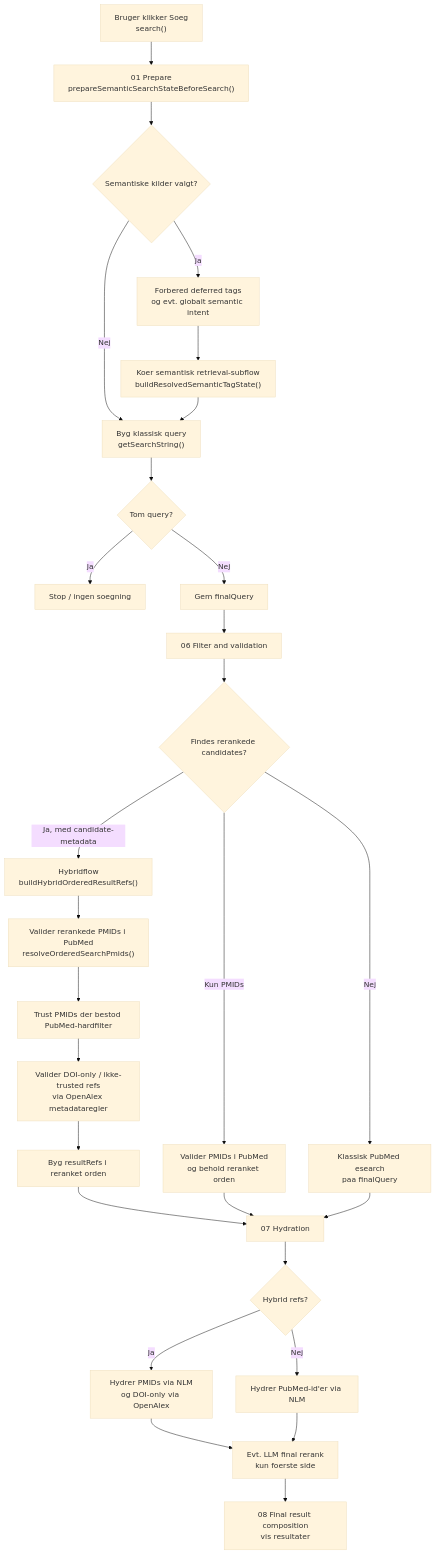
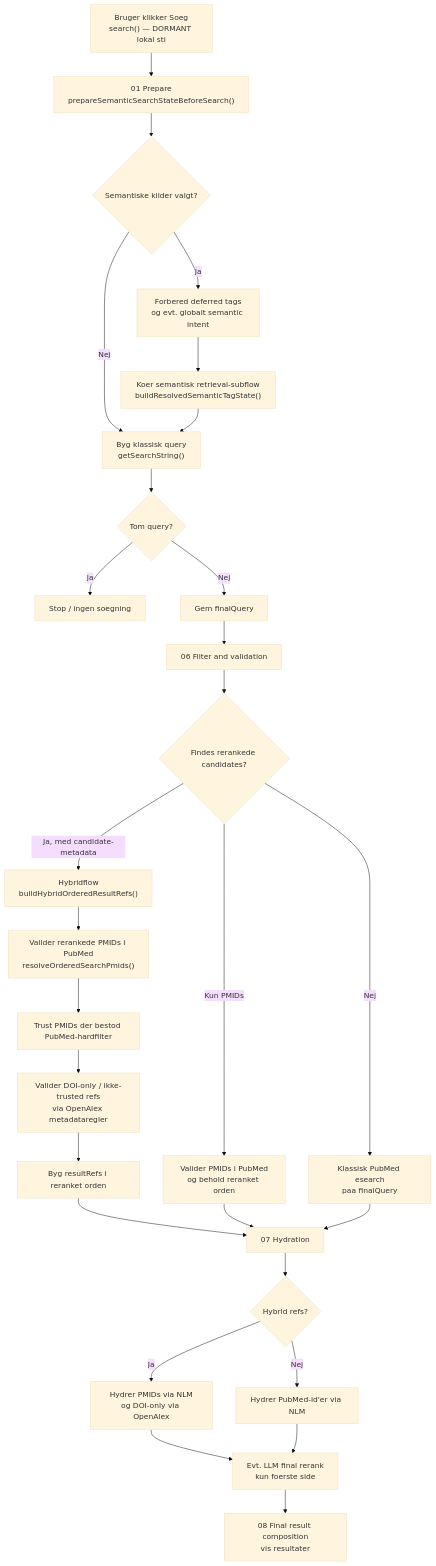
The second of 7 diagrams in backend/docs/search-flow-diagram.md (danishdiabetesknowledgecenter/QuickPubMed), drawn with Mermaid (base theme) before and after one commit. The commit also changed other lines of this file and 184 other files, not shown here.

````diff
--- a/backend/docs/search-flow-diagram.md
+++ b/backend/docs/search-flow-diagram.md
@@ -15,39 +32,39 @@
 ```mermaid
 flowchart TD
-  A["Bruger klikker Soeg<br/>search()"] --> B["01 Prepare<br/>prepareSemanticSearchStateBeforeSearch()"]
+  A["Bruger klikker Soeg<br/>search() — DORMANT lokal sti"] --> B["01 Prepare<br/>prepareSemanticSearchStateBeforeSearch()"]
   B --> C{"Semantiske kilder valgt?"}
 
   C -- "Nej" --> D["Byg klassisk query<br/>getSearchString()"]
   C -- "Ja" --> E["Forbered deferred tags<br/>og evt. globalt semantic intent"]
   E --> F["Koer semantisk retrieval-subflow<br/>buildResolvedSemanticTagState()"]
   F --> D
 
   D --> G{"Tom query?"}
   G -- "Ja" --> H["Stop / ingen soegning"]
   G -- "Nej" --> I["Gem finalQuery"]
 
   I --> J["06 Filter and validation"]
   J --> K{"Findes rerankede candidates?"}
 
   K -- "Ja, med candidate-metadata" --> L["Hybridflow<br/>buildHybridOrderedResultRefs()"]
   L --> L1["Valider rerankede PMIDs i PubMed<br/>resolveOrderedSearchPmids()"]
   L1 --> L2["Trust PMIDs der bestod PubMed-hardfilter"]
   L2 --> L3["Valider DOI-only / ikke-trusted refs<br/>via OpenAlex metadataregler"]
   L3 --> L4["Byg resultRefs i reranket orden"]
 
   K -- "Kun PMIDs" --> M["Valider PMIDs i PubMed<br/>og behold reranket orden"]
   K -- "Nej" --> N["Klassisk PubMed esearch<br/>paa finalQuery"]
 
   L4 --> O["07 Hydration"]
   M --> O
   N --> O
 
   O --> O1{"Hybrid refs?"}
   O1 -- "Ja" --> O2["Hydrer PMIDs via NLM<br/>og DOI-only via OpenAlex"]
   O1 -- "Nej" --> O3["Hydrer PubMed-id'er via NLM"]
 
   O2 --> P["Evt. LLM final rerank<br/>kun foerste side"]
   O3 --> P
 
   P --> Q["08 Final result composition<br/>vis resultater"]
 ```
````
